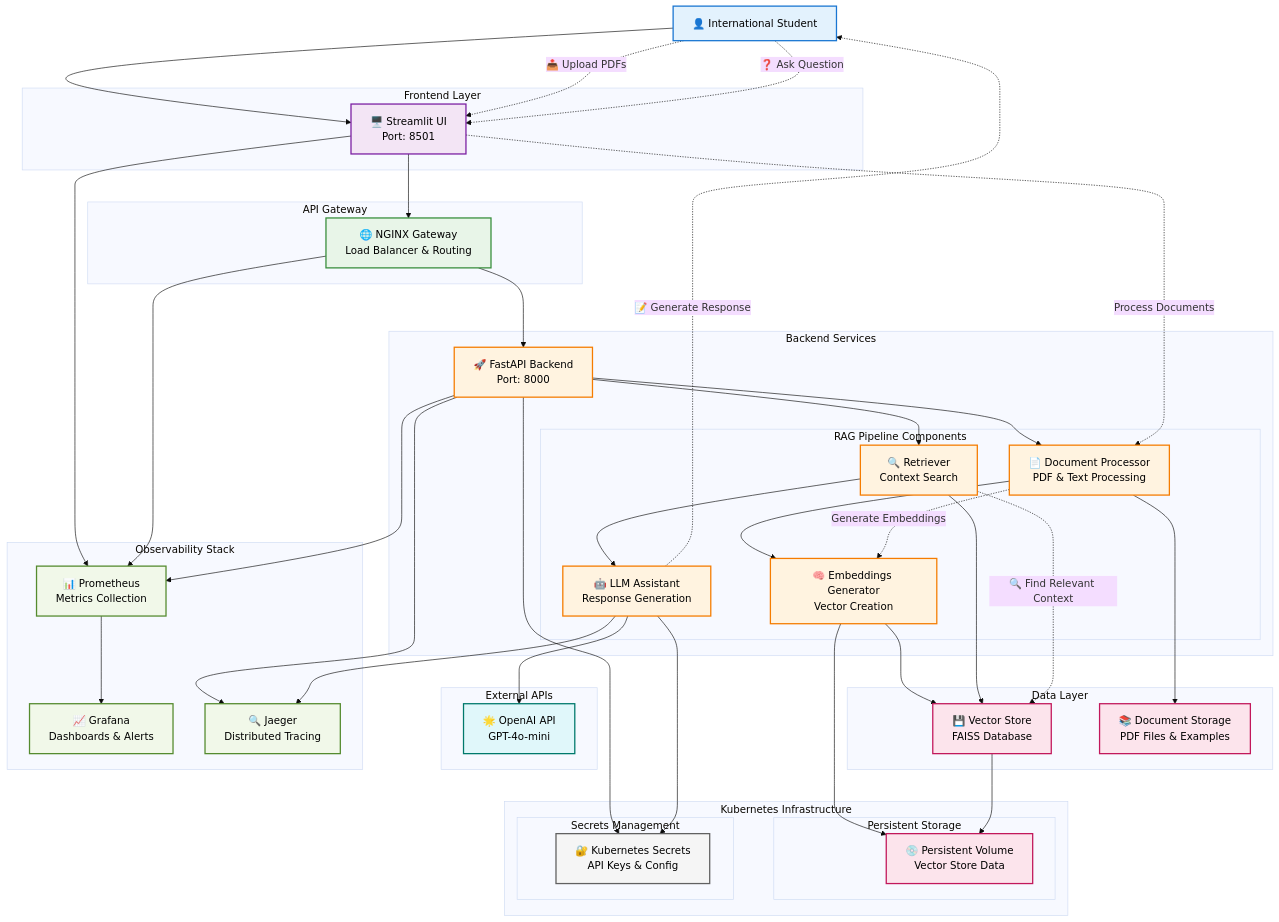
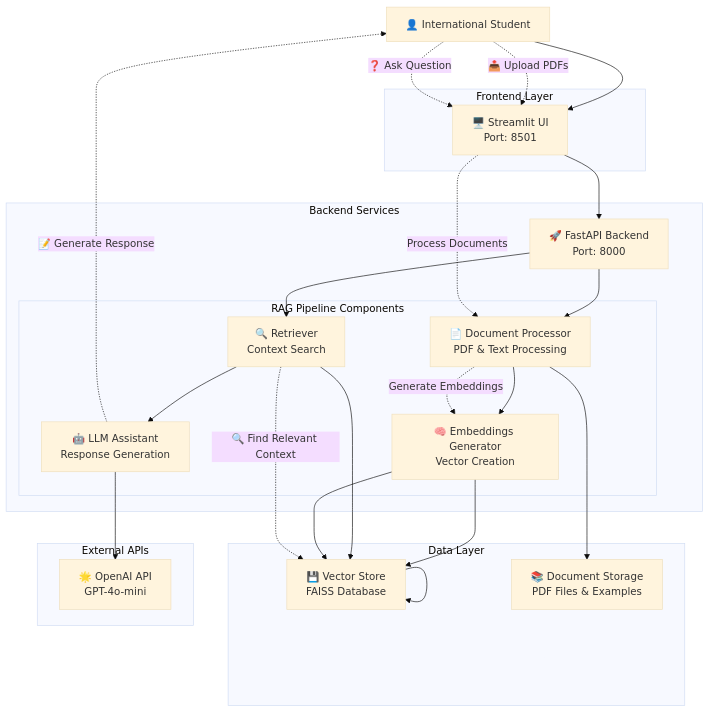
The diagram in README.md (kitan23/LLM-Agent-for-Visa), drawn with Mermaid (base theme) before and after one commit. The commit also changed other lines of this file and 62 other files, not shown here.

````diff
--- a/README.md
+++ b/README.md
@@ -21,11 +19,6 @@
     %% Frontend Layer
     subgraph "Frontend Layer"
         UI[🖥️ Streamlit UI<br/>Port: 8501]
-    end
-    
-    %% API Gateway Layer
-    subgraph "API Gateway"
-        NGINX[🌐 NGINX Gateway<br/>Load Balancer & Routing]
     end
     
     %% Backend Services Layer
@@ -51,28 +44,9 @@
         OPENAI[🌟 OpenAI API<br/>GPT-4o-mini]
     end
     
-    %% Monitoring Stack
-    subgraph "Observability Stack"
-        PROM[📊 Prometheus<br/>Metrics Collection]
-        GRAF[📈 Grafana<br/>Dashboards & Alerts]
-        JAEG[🔍 Jaeger<br/>Distributed Tracing]
-    end
-    
-    %% Kubernetes Infrastructure
-    subgraph "Kubernetes Infrastructure"
-        subgraph "Persistent Storage"
-            PVC[💿 Persistent Volume<br/>Vector Store Data]
-        end
-        
-        subgraph "Secrets Management"
-            SEC[🔐 Kubernetes Secrets<br/>API Keys & Config]
-        end
-    end
-    
     %% User Flow
     User --> UI
-    UI --> NGINX
-    NGINX --> API
+    UI --> API
     
     %% RAG Pipeline Flow
     API --> DOC
@@ -85,20 +59,8 @@
     
     %% Data Persistence
     DOC --> DOCS
-    EMB --> PVC
-    VS --> PVC
-    
-    %% Configuration
-    API --> SEC
-    LLM --> SEC
-    
-    %% Monitoring Flow
-    API --> PROM
-    UI --> PROM
-    NGINX --> PROM
-    PROM --> GRAF
-    API --> JAEG
-    LLM --> JAEG
+    EMB --> VS
+    VS --> VS
     
     %% Document Upload Flow
     User -.->|"📤 Upload PDFs"| UI
@@ -109,23 +71,4 @@
     User -.->|"❓ Ask Question"| UI
     RET -.->|"🔍 Find Relevant Context"| VS
     LLM -.->|"📝 Generate Response"| User
-    
-         %% Styling for bright background and high contrast
-     classDef userClass fill:#e3f2fd,stroke:#1976d2,stroke-width:2px,color:#000000
-     classDef frontendClass fill:#f3e5f5,stroke:#7b1fa2,stroke-width:2px,color:#000000
-     classDef gatewayClass fill:#e8f5e8,stroke:#388e3c,stroke-width:2px,color:#000000
-     classDef backendClass fill:#fff3e0,stroke:#f57c00,stroke-width:2px,color:#000000
-     classDef dataClass fill:#fce4ec,stroke:#c2185b,stroke-width:2px,color:#000000
-     classDef externalClass fill:#e0f7fa,stroke:#00796b,stroke-width:2px,color:#000000
-     classDef monitoringClass fill:#f1f8e9,stroke:#558b2f,stroke-width:2px,color:#000000
-     classDef infraClass fill:#f5f5f5,stroke:#616161,stroke-width:2px,color:#000000
-     
-     class User userClass
-     class UI frontendClass
-     class NGINX gatewayClass
-     class API,DOC,EMB,RET,LLM backendClass
-     class VS,DOCS,PVC dataClass
-     class OPENAI externalClass
-     class PROM,GRAF,JAEG monitoringClass
-     class SEC infraClass
 ```
````
